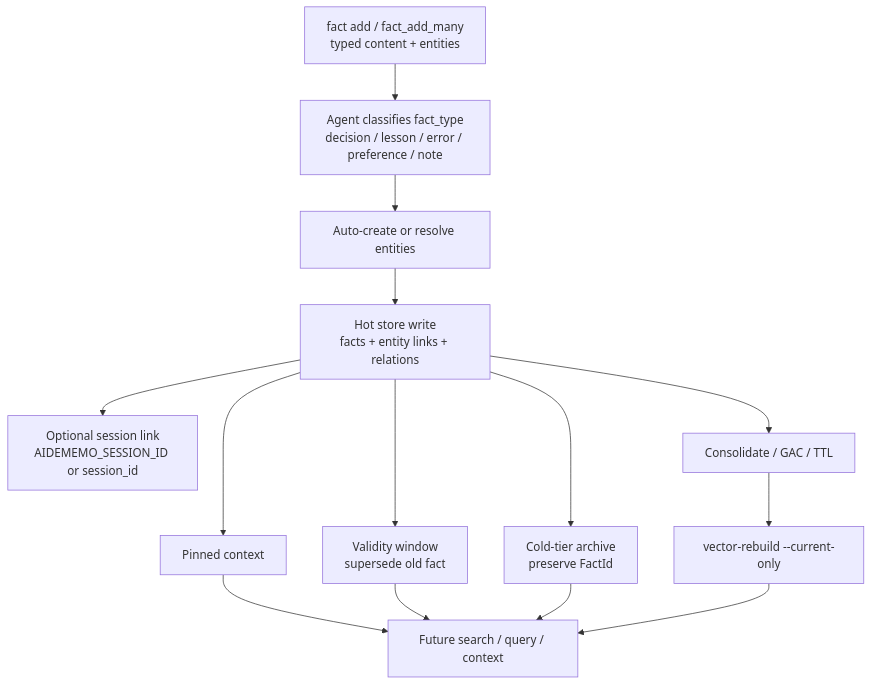
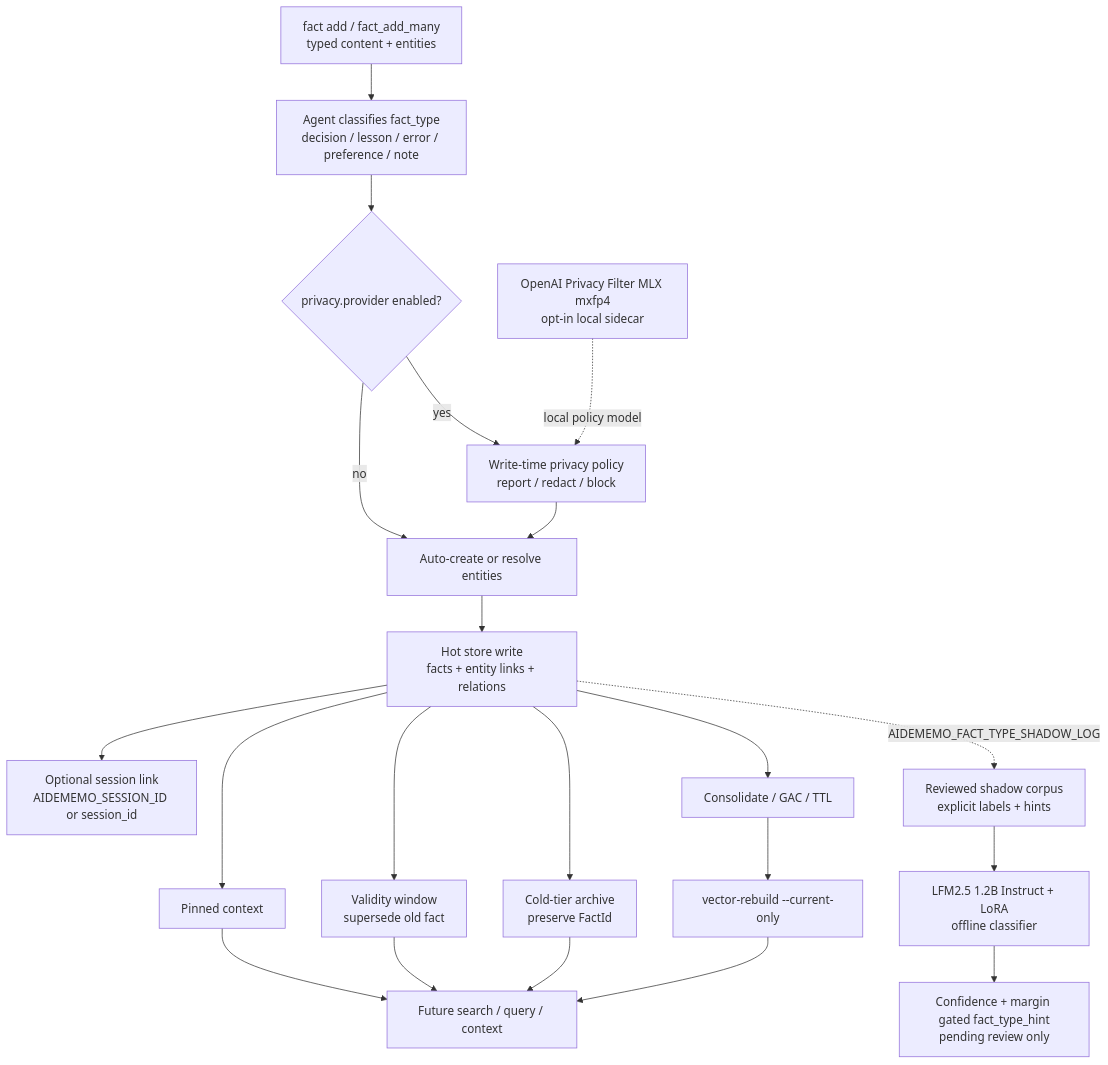
One commit to taeyun16/aidememo changed the third of 4 diagrams in docs/ARCHITECTURE.md. Above: the diagram before and after it, drawn with Mermaid. The commit also changed other lines of this file and 6 other files, not shown here.

Commit message:
Document opt-in local SLM architecture

````diff
--- a/docs/ARCHITECTURE.md
+++ b/docs/ARCHITECTURE.md
@@ -97,26 +147,38 @@
 ```mermaid
 flowchart TD
   fact["fact add / fact_add_many<br/>typed content + entities"]
   classify["Agent classifies fact_type<br/>decision / lesson / error / preference / note"]
+  privacy_gate{"privacy.provider enabled?"}
+  privacy["Write-time privacy policy<br/>report / redact / block"]
+  privacy_model["OpenAI Privacy Filter MLX mxfp4<br/>opt-in local sidecar"]
   entities["Auto-create or resolve entities"]
   hot["Hot store write<br/>facts + entity links + relations"]
   session["Optional session link<br/>AIDEMEMO_SESSION_ID or session_id"]
   pin["Pinned context"]
   supersede["Validity window<br/>supersede old fact"]
   archive["Cold-tier archive<br/>preserve FactId"]
   consolidate["Consolidate / GAC / TTL"]
   rebuild["vector-rebuild --current-only"]
   read["Future search / query / context"]
+  shadow["Reviewed shadow corpus<br/>explicit labels + hints"]
+  lfm_type["LFM2.5 1.2B Instruct + LoRA<br/>offline classifier"]
+  hint["Confidence + margin gated fact_type_hint<br/>pending review only"]
 
-  fact --> classify --> entities --> hot
+  fact --> classify --> privacy_gate
+  privacy_gate -->|no| entities
+  privacy_gate -->|yes| privacy --> entities
+  privacy_model -. "local policy model" .-> privacy
+  entities --> hot
   hot --> session
   hot --> pin
   hot --> supersede
   hot --> archive
   hot --> consolidate
   consolidate --> rebuild
   pin --> read
   supersede --> read
   archive --> read
   rebuild --> read
+  hot -. "AIDEMEMO_FACT_TYPE_SHADOW_LOG" .-> shadow
+  shadow --> lfm_type --> hint
 ```
````
